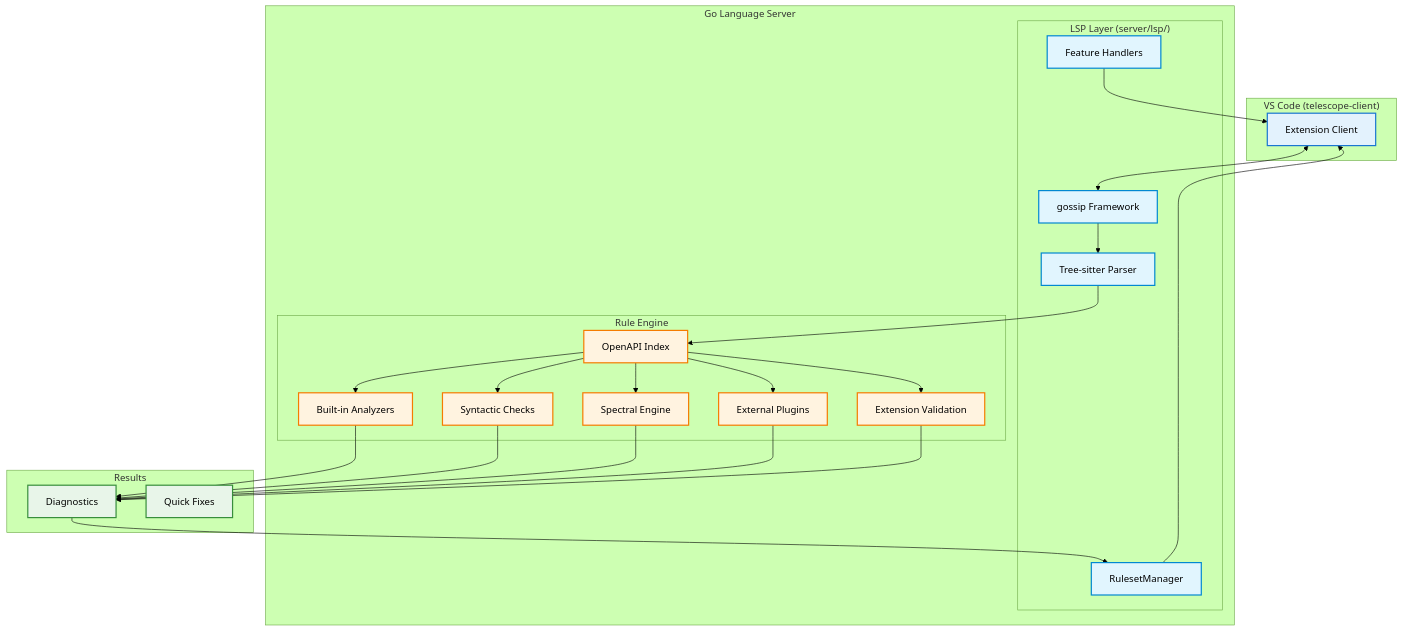
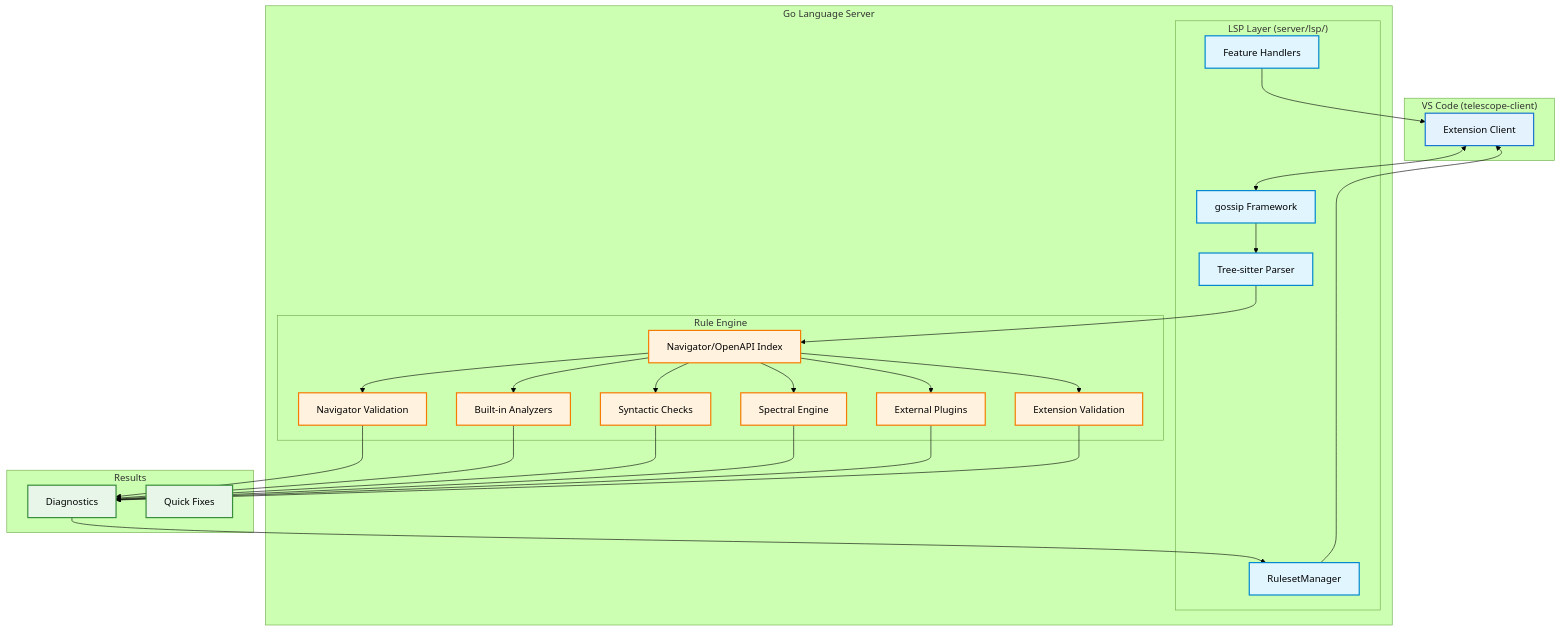
The diagram in ARCHITECTURE.md (sailpoint-oss/telescope), drawn with Mermaid (forest theme) before and after one commit. The commit also changed other lines of this file and 246 other files, not shown here.

First line of the commit message:
chore: remove deprecated schema files and configuration

````diff
--- a/ARCHITECTURE.md
+++ b/ARCHITECTURE.md
@@ -46,58 +45,61 @@
 ```mermaid
 flowchart TB
     subgraph Client["VS Code (telescope-client)"]
         Extension[Extension Client]
     end
 
     subgraph Server["Go Language Server"]
         subgraph LSP["LSP Layer (server/lsp/)"]
             Gossip["gossip Framework"]
             TreeSitter["Tree-sitter Parser"]
             Handlers["Feature Handlers"]
             RulesetMgr["RulesetManager"]
         end
 
         subgraph Engine["Rule Engine"]
-            Index["OpenAPI Index"]
+            Index["Navigator/OpenAPI Index"]
+            Navigator["Navigator Validation"]
             Analyzers["Built-in Analyzers"]
             Checks["Syntactic Checks"]
             Spectral["Spectral Engine"]
             Plugins["External Plugins"]
             ExtVal["Extension Validation"]
         end
     end
 
     subgraph Output["Results"]
         Diagnostics["Diagnostics"]
         Fixes["Quick Fixes"]
     end
 
     Extension <--> Gossip
     Gossip --> TreeSitter
     TreeSitter --> Index
+    Index --> Navigator
     Index --> Analyzers
     Index --> Checks
     Index --> Spectral
     Index --> Plugins
     Index --> ExtVal
 
+    Navigator --> Diagnostics
     Analyzers --> Diagnostics
     Checks --> Diagnostics
     Spectral --> Diagnostics
     Plugins --> Diagnostics
     ExtVal --> Diagnostics
 
     Diagnostics --> RulesetMgr
     RulesetMgr --> Extension
     Handlers --> Extension
 
     classDef client fill:#e3f2fd,stroke:#1976d2,stroke-width:2px
     classDef lsp fill:#e1f5fe,stroke:#0288d1,stroke-width:2px
     classDef engine fill:#fff3e0,stroke:#f57c00,stroke-width:2px
     classDef output fill:#e8f5e9,stroke:#388e3c,stroke-width:2px
 
     class Extension client
     class Gossip,TreeSitter,Handlers,RulesetMgr lsp
-    class Index,Analyzers,Checks,Spectral,Plugins,ExtVal engine
+    class Index,Navigator,Analyzers,Checks,Spectral,Plugins,ExtVal engine
     class Diagnostics,Fixes output
 ```
````
